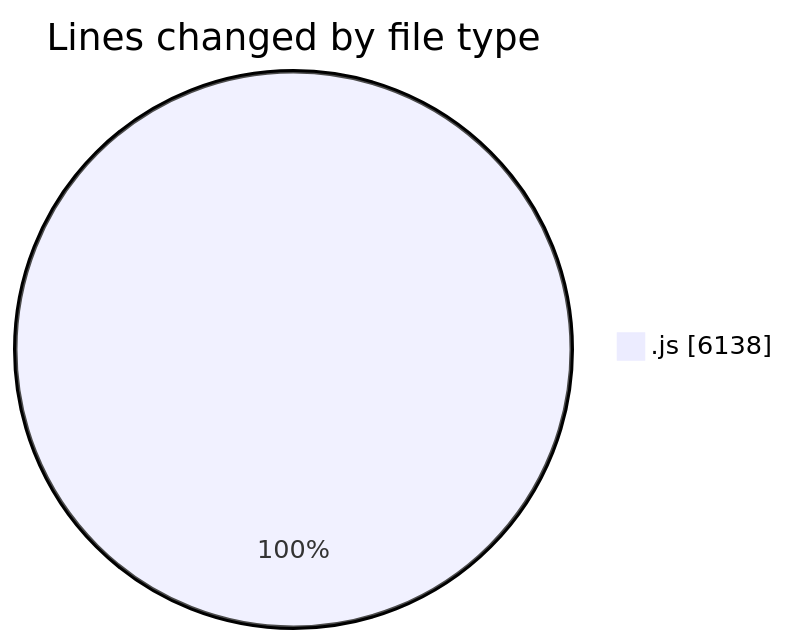
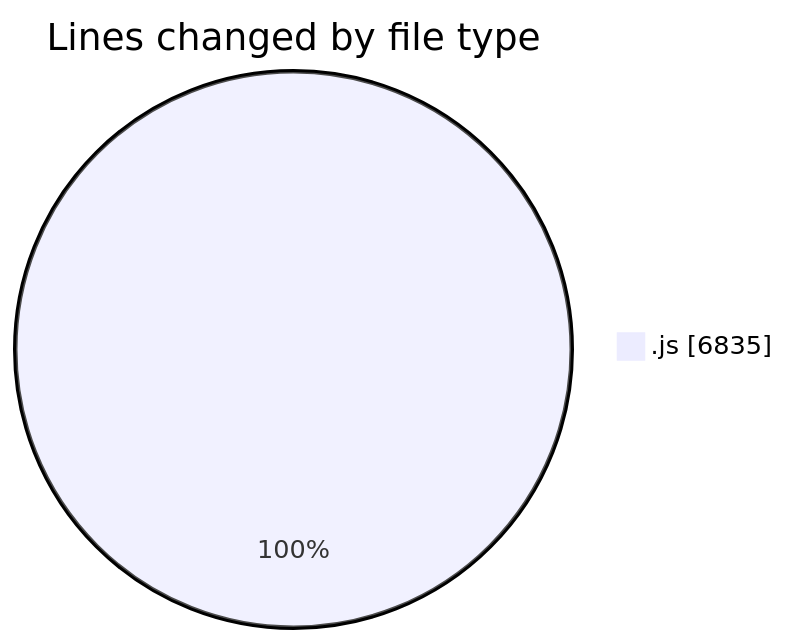
Before and after one commit to nxtqubesakshisongat/code-tracking: the first of 2 diagrams in 2025-09-04/nxtqube_webapp/README.md, drawn with Mermaid. The commit also changed other lines of this file and 1 other file, not shown here.

````diff
--- a/2025-09-04/nxtqube_webapp/README.md
+++ b/2025-09-04/nxtqube_webapp/README.md
@@ -20,5 +20,5 @@
 ```mermaid
 pie showData
 title Lines changed by file type
-".js" : 6138
+".js" : 6835
 ```
````
